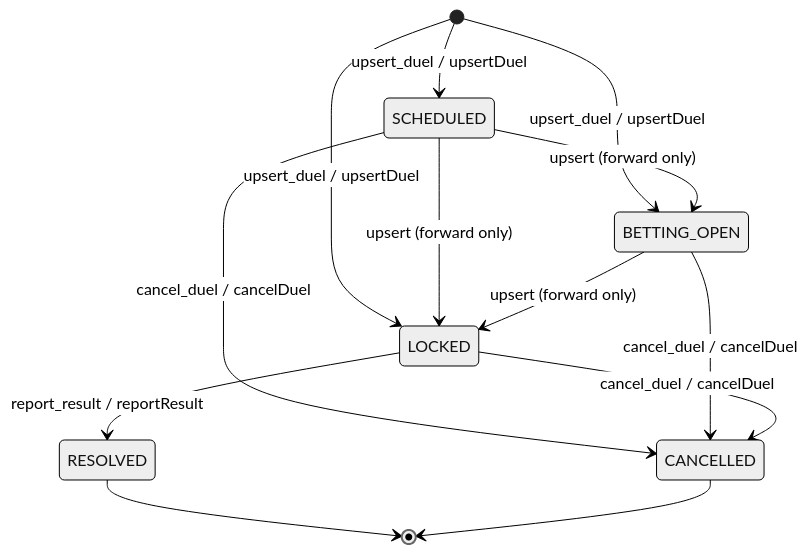
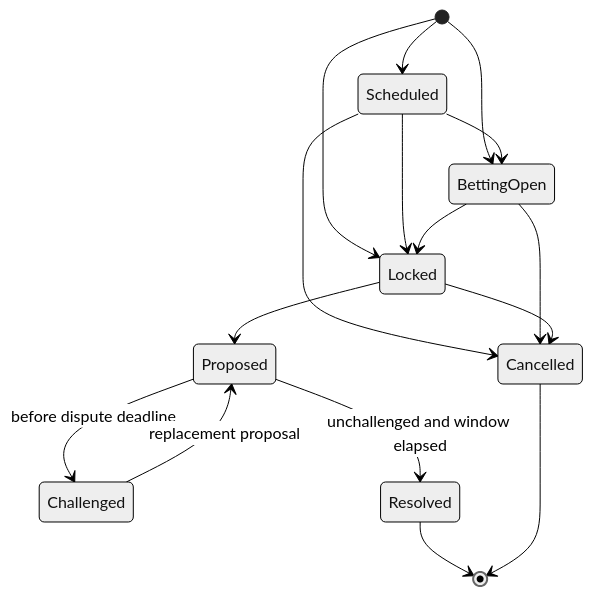
Before and after one commit to HyperscapeAI/hyperbet: the first of 3 diagrams in docs/protocol/state-transition-diagrams.md, drawn with Mermaid (neutral theme). The commit also changed other lines of this file and 772 other files, not shown here.

Commit message:
feat(solana): build launch-ready duel betting flow

````diff
--- a/docs/protocol/state-transition-diagrams.md
+++ b/docs/protocol/state-transition-diagrams.md
@@ -5,19 +5,18 @@
 ```mermaid
 stateDiagram-v2
-    [*] --> SCHEDULED: upsert_duel / upsertDuel
-    [*] --> BETTING_OPEN: upsert_duel / upsertDuel
-    [*] --> LOCKED: upsert_duel / upsertDuel
-
-    SCHEDULED --> BETTING_OPEN: upsert (forward only)
-    SCHEDULED --> LOCKED: upsert (forward only)
-    SCHEDULED --> CANCELLED: cancel_duel / cancelDuel
-
-    BETTING_OPEN --> LOCKED: upsert (forward only)
-    BETTING_OPEN --> CANCELLED: cancel_duel / cancelDuel
-
-    LOCKED --> RESOLVED: report_result / reportResult
-    LOCKED --> CANCELLED: cancel_duel / cancelDuel
-
-    RESOLVED --> [*]
-    CANCELLED --> [*]
+    [*] --> Scheduled
+    [*] --> BettingOpen
+    [*] --> Locked
+    Scheduled --> BettingOpen
+    Scheduled --> Locked
+    Scheduled --> Cancelled
+    BettingOpen --> Locked
+    BettingOpen --> Cancelled
+    Locked --> Proposed
+    Locked --> Cancelled
+    Proposed --> Challenged: before dispute deadline
+    Proposed --> Resolved: unchallenged and window elapsed
+    Challenged --> Proposed: replacement proposal
+    Resolved --> [*]
+    Cancelled --> [*]
 ```
````
